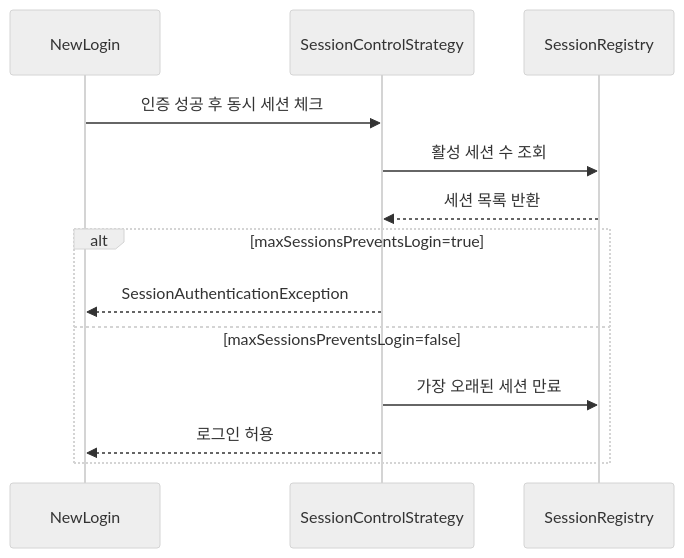
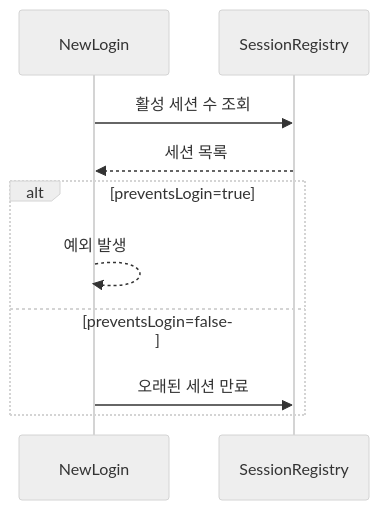
Before and after one commit to yjkim2015/yjkim2015.github.io: the second of 4 diagrams in _posts/security/2021-02-18-세션 제어 필터.md, drawn with Mermaid (neutral theme). The commit also changed 155 other files, not shown here.

First line of the commit message:
Mermaid 전면 수정: subgraph 제거, participant/노드/줄수 축소 (342블록)

````diff
--- a/_posts/security/2021-02-18-세션 제어 필터.md
+++ b/_posts/security/2021-02-18-세션 제어 필터.md
@@ -65,15 +65,12 @@
 ```mermaid
 sequenceDiagram
     participant N as NewLogin
-    participant CSCS as SessionControlStrategy
     participant SR as SessionRegistry
-    N->>CSCS: 인증 성공 후 동시 세션 체크
-    CSCS->>SR: 활성 세션 수 조회
-    SR-->>CSCS: 세션 목록 반환
-    alt maxSessionsPreventsLogin=true
-        CSCS-->>N: SessionAuthenticationException
-    else maxSessionsPreventsLogin=false
-        CSCS->>SR: 가장 오래된 세션 만료
-        CSCS-->>N: 로그인 허용
+    N->>SR: 활성 세션 수 조회
+    SR-->>N: 세션 목록
+    alt preventsLogin=true
+        N-->>N: 예외 발생
+    else preventsLogin=false
+        N->>SR: 오래된 세션 만료
     end
 ```
````
